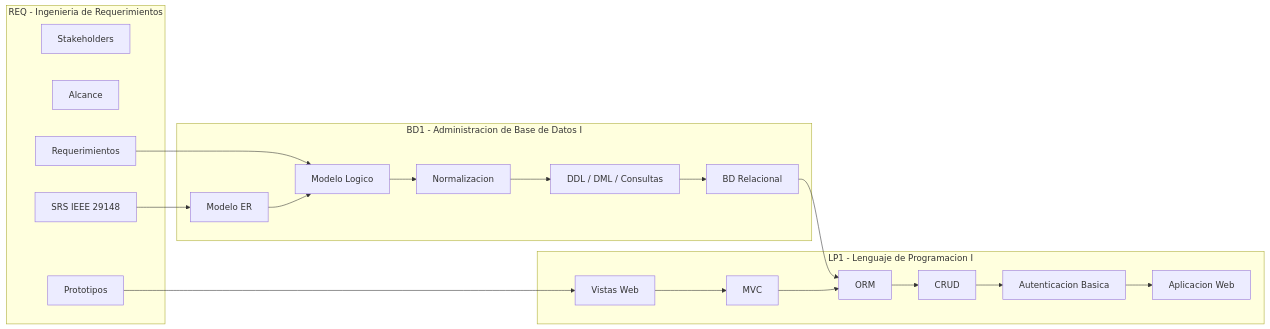
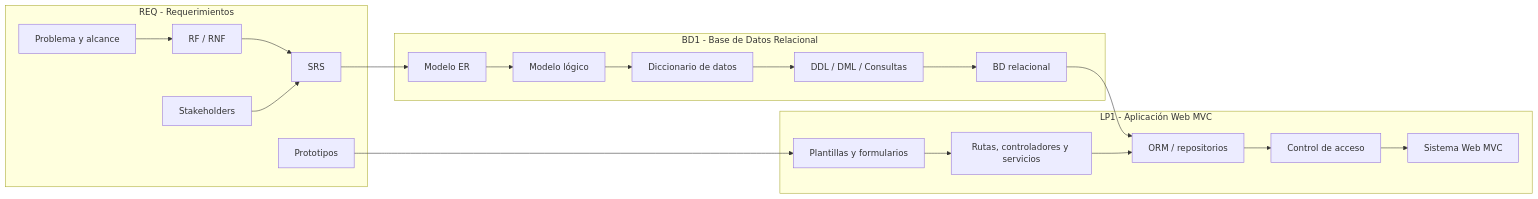
The diagram in docs/index.md (262ciclo3/bomstart), drawn with Mermaid before and after one commit. The commit also changed other lines of this file, not shown here.

````diff
--- a/docs/index.md
+++ b/docs/index.md
@@ -47,34 +79,33 @@
 ```mermaid
 flowchart LR
-    subgraph REQ["REQ - Ingenieria de Requerimientos"]
+    subgraph REQ["REQ - Requerimientos"]
+        Problema["Problema y alcance"]
         Stakeholders["Stakeholders"]
-        Alcance["Alcance"]
-        RF["Requerimientos"]
+        RF["RF / RNF"]
         Prototipos["Prototipos"]
-        SRS["SRS IEEE 29148"]
+        SRS["SRS"]
     end
 
-    subgraph BD1["BD1 - Administracion de Base de Datos I"]
+    subgraph BD1["BD1 - Base de Datos Relacional"]
         ER["Modelo ER"]
-        Logico["Modelo Logico"]
-        Normalizacion["Normalizacion"]
+        Logico["Modelo lógico"]
+        Diccionario["Diccionario de datos"]
         SQL["DDL / DML / Consultas"]
-        BD["BD Relacional"]
+        BD["BD relacional"]
     end
 
-    subgraph LP1["LP1 - Lenguaje de Programacion I"]
-        Vistas["Vistas Web"]
-        MVC["MVC"]
-        ORM["ORM"]
-        CRUD["CRUD"]
-        Auth["Autenticacion Basica"]
-        App["Aplicacion Web"]
+    subgraph LP1["LP1 - Aplicación Web MVC"]
+        Web["Plantillas y formularios"]
+        MVC["Rutas, controladores y servicios"]
+        Persistencia["ORM / repositorios"]
+        Seguridad["Control de acceso"]
+        App["Sistema Web MVC"]
     end
 
-    SRS --> ER
-    RF --> Logico
-    Prototipos --> Vistas
-    ER --> Logico --> Normalizacion --> SQL --> BD
-    BD --> ORM
-    Vistas --> MVC --> ORM --> CRUD --> Auth --> App
+    Problema --> RF --> SRS
+    Stakeholders --> SRS
+    Prototipos --> Web
+    SRS --> ER --> Logico --> Diccionario --> SQL --> BD
+    BD --> Persistencia
+    Web --> MVC --> Persistencia --> Seguridad --> App
 ```
````
